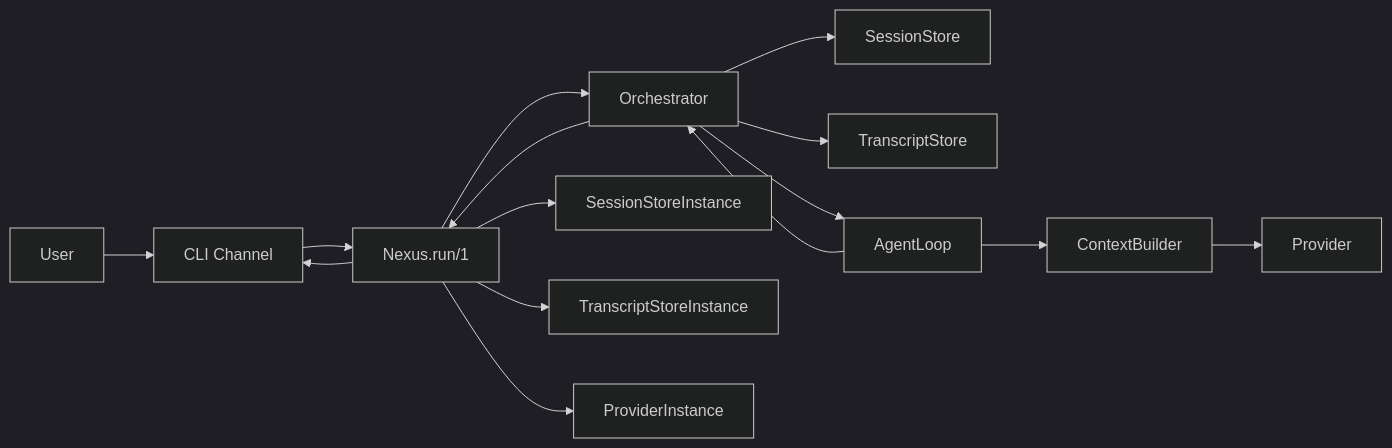
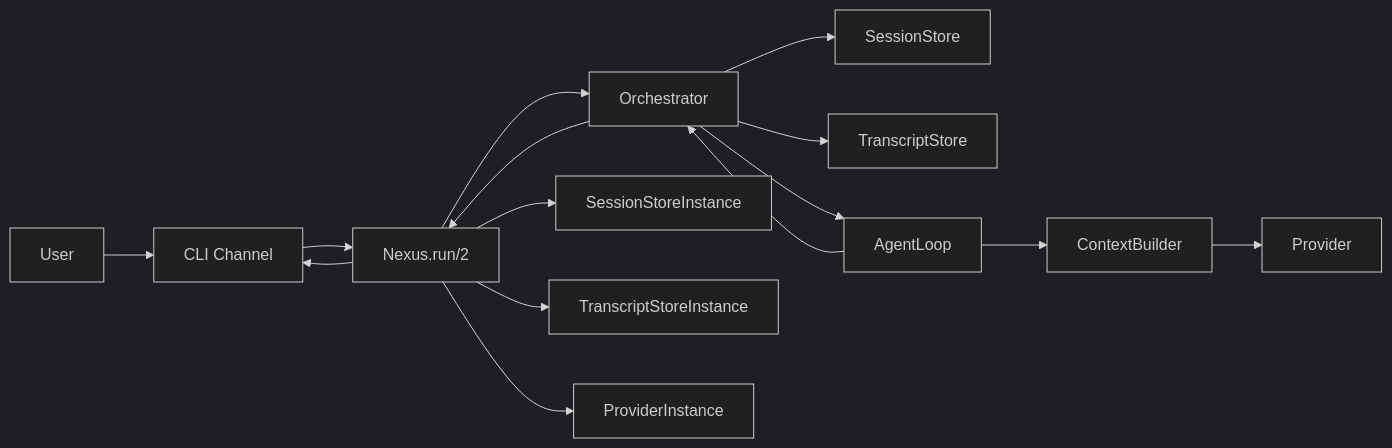
Before and after one commit to 0xc14m1z/nexus: the diagram in README.md, drawn with Mermaid (dark theme). The commit also changed other lines of this file and 8 other files, not shown here.

Commit message:
refactor: unify runtime config selection through nexus run

````diff
--- a/README.md
+++ b/README.md
@@ -35,17 +35,17 @@
 ```mermaid
 flowchart LR
     User --> CLI[CLI Channel]
-    CLI --> NexusRun[Nexus.run/1]
+    CLI --> NexusRun[Nexus.run/2]
     NexusRun --> Orchestrator
     NexusRun --> SessionStoreInstance
     NexusRun --> TranscriptStoreInstance
     NexusRun --> ProviderInstance
     Orchestrator --> SessionStore
     Orchestrator --> TranscriptStore
     Orchestrator --> AgentLoop
     AgentLoop --> ContextBuilder
     ContextBuilder --> Provider
     AgentLoop --> Orchestrator
     Orchestrator --> NexusRun
     NexusRun --> CLI
 ```
````
